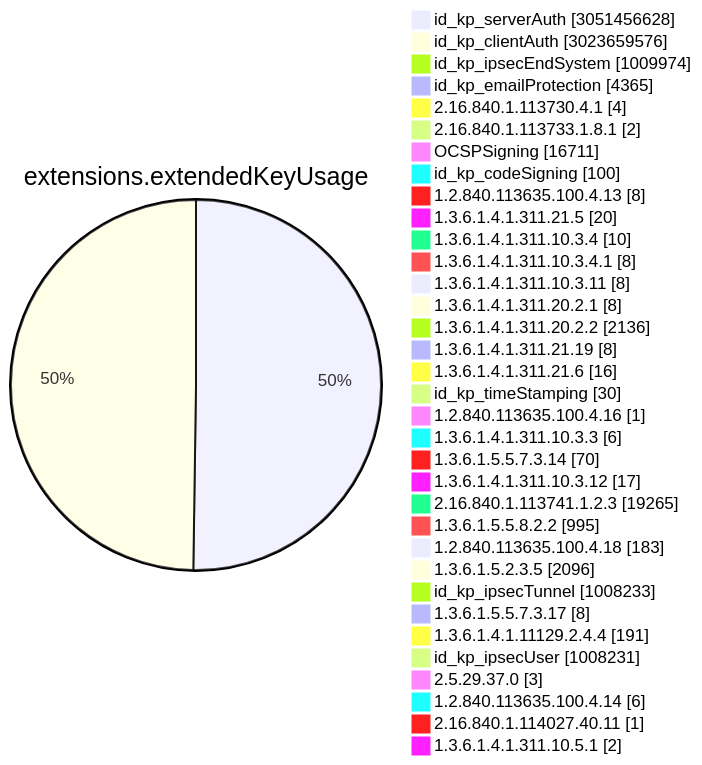
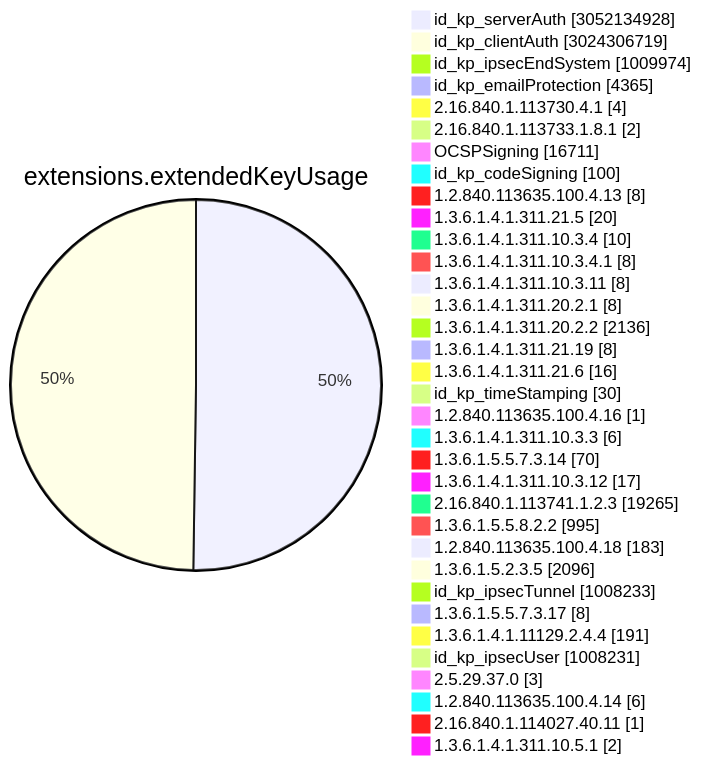
Diagram 11 of 15 in TOTAL/README.md (christiankrug/ctmonitor_visualization), drawn with Mermaid before and after one commit. The commit also changed other lines of this file, not shown here.

````diff
--- a/TOTAL/README.md
+++ b/TOTAL/README.md
@@ -4117,38 +4117,38 @@
 ```mermaid
 pie showData
 title extensions.extendedKeyUsage
-"id_kp_serverAuth" :3051456628
-"id_kp_clientAuth" :3023659576
+"id_kp_serverAuth" :3052134928
+"id_kp_clientAuth" :3024306719
 "id_kp_ipsecEndSystem" :1009974
 "id_kp_emailProtection" :4365
 "2.16.840.1.113730.4.1" :4
 "2.16.840.1.113733.1.8.1" :2
 "OCSPSigning" :16711
 "id_kp_codeSigning" :100
 "1.2.840.113635.100.4.13" :8
 "1.3.6.1.4.1.311.21.5" :20
 "1.3.6.1.4.1.311.10.3.4" :10
 "1.3.6.1.4.1.311.10.3.4.1" :8
 "1.3.6.1.4.1.311.10.3.11" :8
 "1.3.6.1.4.1.311.20.2.1" :8
 "1.3.6.1.4.1.311.20.2.2" :2136
 "1.3.6.1.4.1.311.21.19" :8
 "1.3.6.1.4.1.311.21.6" :16
 "id_kp_timeStamping" :30
 "1.2.840.113635.100.4.16" :1
 "1.3.6.1.4.1.311.10.3.3" :6
 "1.3.6.1.5.5.7.3.14" :70
 "1.3.6.1.4.1.311.10.3.12" :17
 "2.16.840.1.113741.1.2.3" :19265
 "1.3.6.1.5.5.8.2.2" :995
 "1.2.840.113635.100.4.18" :183
 "1.3.6.1.5.2.3.5" :2096
 "id_kp_ipsecTunnel" :1008233
 "1.3.6.1.5.5.7.3.17" :8
 "1.3.6.1.4.1.11129.2.4.4" :191
 "id_kp_ipsecUser" :1008231
 "2.5.29.37.0" :3
 "1.2.840.113635.100.4.14" :6
 "2.16.840.1.114027.40.11" :1
 "1.3.6.1.4.1.311.10.5.1" :2
 ```
````
